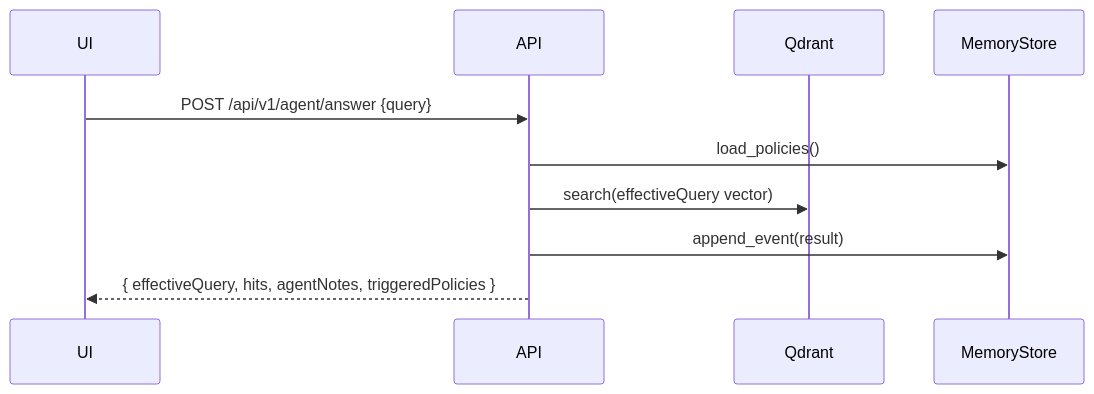
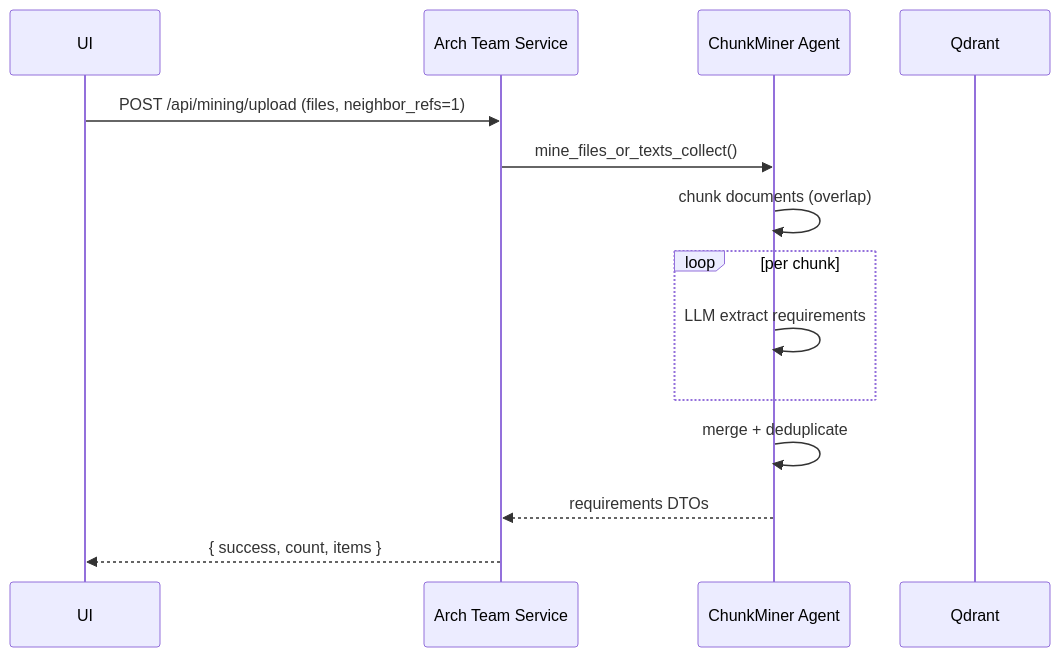
Before and after one commit to Flissel/-req-orchestrator: the sixth of 9 diagrams in docs/architecture/FEATURES_AND_STACKS.md, drawn with Mermaid. The commit also changed other lines of this file and 128 other files, not shown here.

````diff
--- a/docs/architecture/FEATURES_AND_STACKS.md
+++ b/docs/architecture/FEATURES_AND_STACKS.md
@@ -132,13 +139,17 @@
 ```mermaid
 sequenceDiagram
   participant UI
-  participant API
+  participant Service as Arch Team Service
+  participant CM as ChunkMiner Agent
   participant Qdrant
-  participant MEM as MemoryStore
 
-  UI->>API: POST /api/v1/agent/answer {query}
-  API->>MEM: load_policies()
-  API->>Qdrant: search(effectiveQuery vector)
-  API->>MEM: append_event(result)
-  API-->>UI: { effectiveQuery, hits, agentNotes, triggeredPolicies }
+  UI->>Service: POST /api/mining/upload (files, neighbor_refs=1)
+  Service->>CM: mine_files_or_texts_collect()
+  CM->>CM: chunk documents (overlap)
+  loop per chunk
+    CM->>CM: LLM extract requirements
+  end
+  CM->>CM: merge + deduplicate
+  CM-->>Service: requirements DTOs
+  Service-->>UI: { success, count, items }
 ```
````
